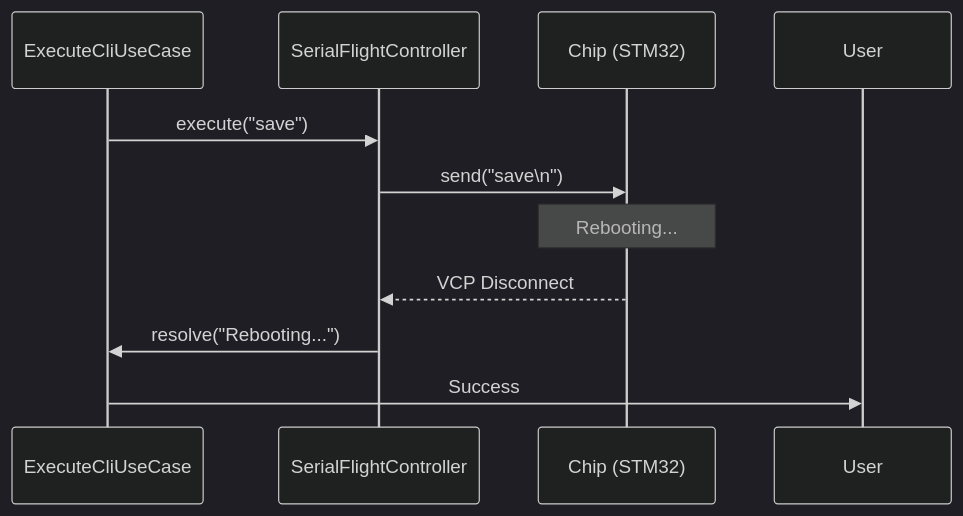
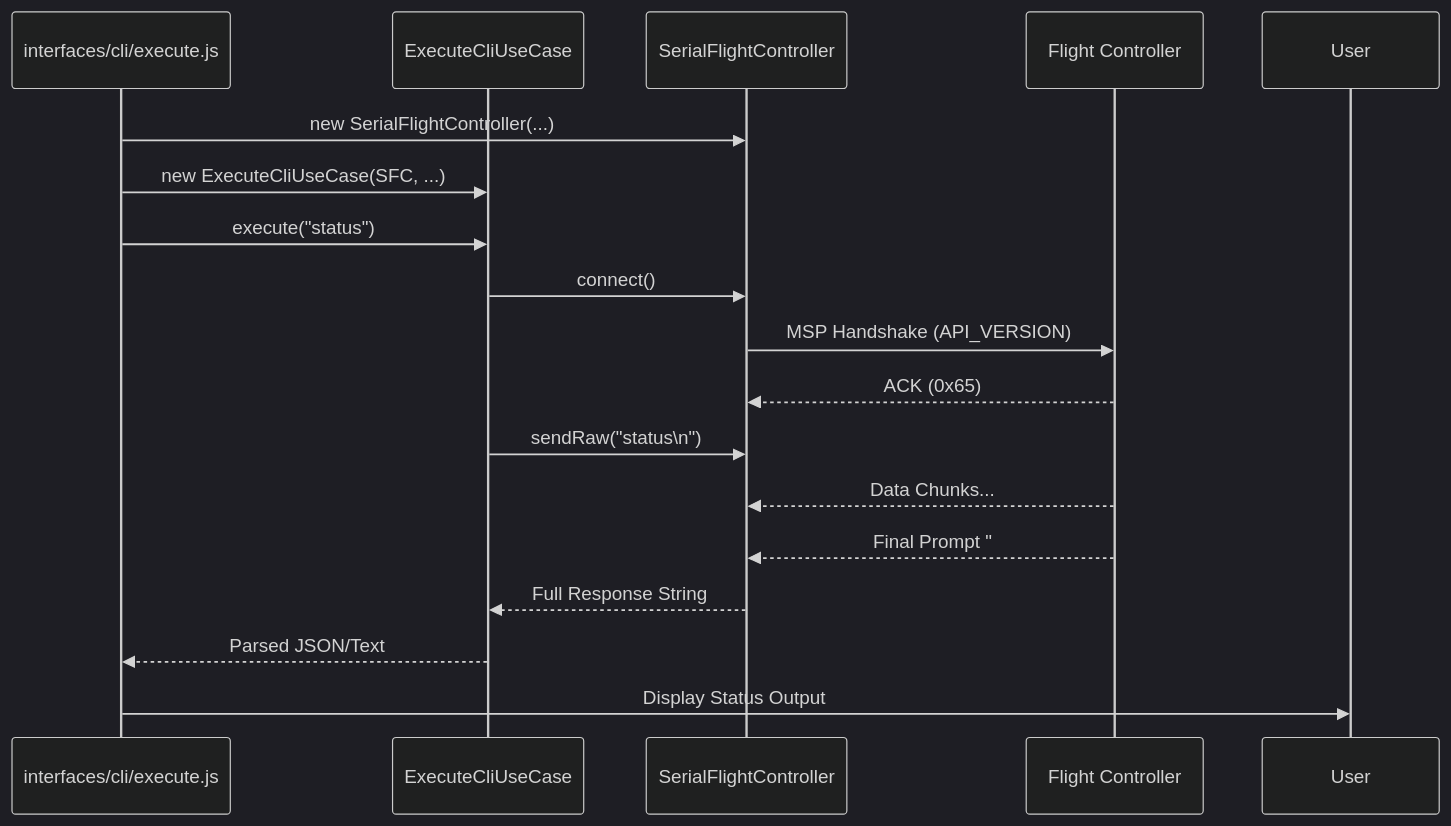
One commit to archat-hash/FlyCLI changed the fourth of 5 diagrams in docs/ARCHITECTURE.md. Above: the diagram before and after it, drawn with Mermaid (dark theme). The commit also changed other lines of this file, not shown here.

Commit message:
Docs: update architecture diagrams for GitHub compatibility and add state machine.

````diff
--- a/docs/ARCHITECTURE.md
+++ b/docs/ARCHITECTURE.md
@@ -68,13 +78,23 @@
 ```mermaid
 sequenceDiagram
-    participant App as ExecuteCliUseCase
-    participant Controller as SerialFlightController
-    participant Hardware as Chip (STM32)
+    participant CLI as interfaces/cli/execute.js
+    participant UC as ExecuteCliUseCase
+    participant SFC as SerialFlightController
+    participant HW as Flight Controller
 
-    App->>Controller: execute("save")
-    Controller->>Hardware: send("save\n")
-    Note over Hardware: Rebooting...
-    Hardware-->>Controller: VCP Disconnect
-    Controller->>App: resolve("Rebooting...")
-    App->>User: Success
+    CLI->>SFC: new SerialFlightController(...)
+    CLI->>UC: new ExecuteCliUseCase(SFC, ...)
+    CLI->>UC: execute("status")
+
+    UC->>SFC: connect()
+    SFC->>HW: MSP Handshake (API_VERSION)
+    HW-->>SFC: ACK (0x65)
+
+    UC->>SFC: sendRaw("status\n")
+    HW-->>SFC: Data Chunks...
+    HW-->>SFC: Final Prompt "# "
+
+    SFC-->>UC: Full Response String
+    UC-->>CLI: Parsed JSON/Text
+    CLI->>User: Display Status Output
 ```
````
